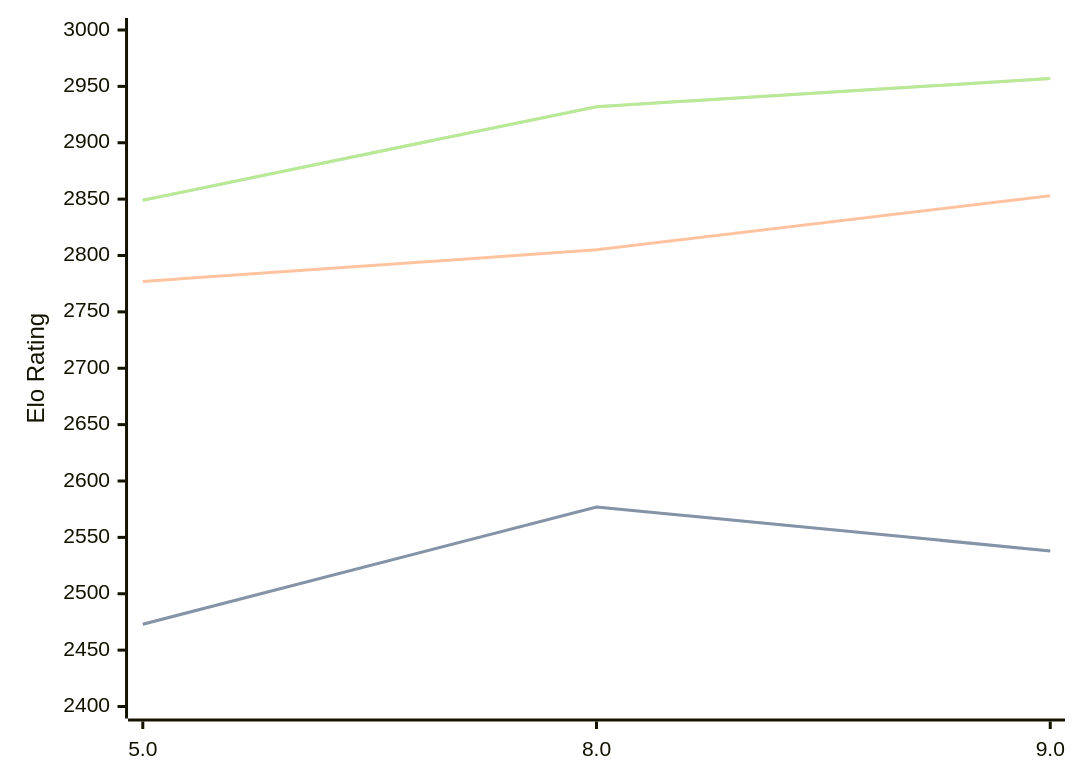
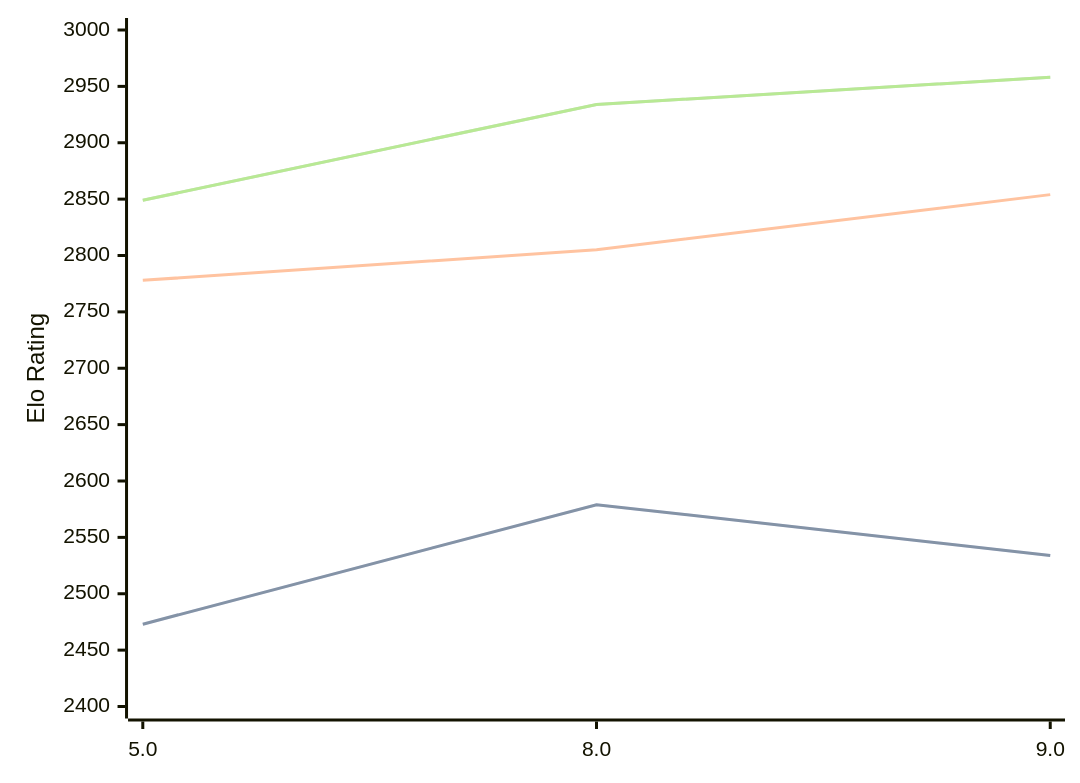
One commit to computer-chess-index/cci changed the third of 3 diagrams in engines/4kc.md. Above: the diagram before and after it, drawn with Mermaid. The commit also changed other lines of this file, not shown here.

Commit message:
Update CCI Ratings (ELO VLTC) - 2026-07-02

````diff
--- a/engines/4kc.md
+++ b/engines/4kc.md
@@ -75,11 +75,11 @@
 ```mermaid
 %%{init: {"theme":"base","themeVariables":{"seriesColors:['#a3a3a3','#222221','#faa371']}}}%%
 xychart-beta
   x-axis ["5.0", "8.0", "9.0"]
   y-axis "Elo Rating" 2400 --> 3000
-  line "STC (8.0+0.08s)" [2473, 2577, 2538]
-  line "STC (8.0+0.08s)" [2473, 2577, 2538]
-  line "LTC (60.0+0.60s)" [2777, 2805, 2853]
-  line "VLTC (2m24s+1.12s)" [2849, 2932, 2957]
-  line "VLTC (2m24s+1.12s)" [2849, 2932, 2957]
+  line "STC (8.0+0.08s)" [2473, 2579, 2534]
+  line "STC (8.0+0.08s)" [2473, 2579, 2534]
+  line "LTC (60.0+0.60s)" [2778, 2805, 2854]
+  line "VLTC (2m24s+1.12s)" [2849, 2934, 2958]
+  line "VLTC (2m24s+1.12s)" [2849, 2934, 2958]
 ```
````
